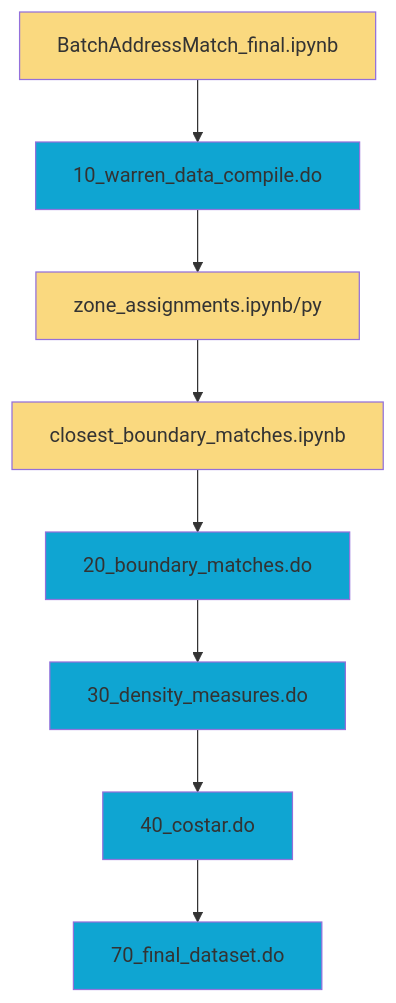
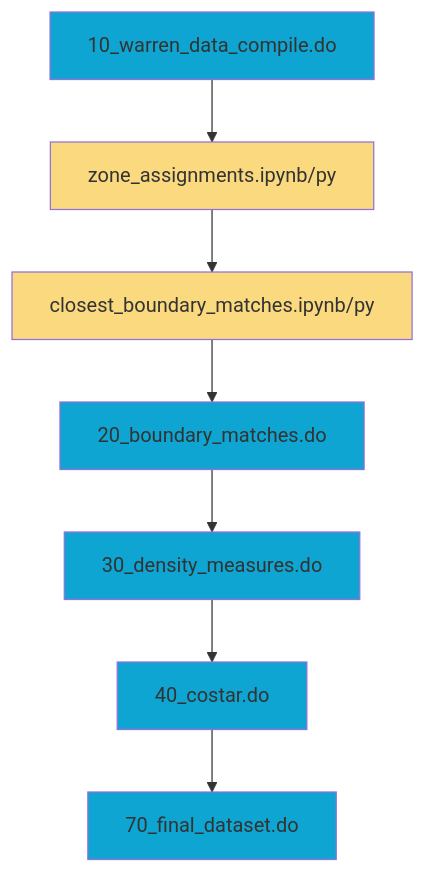
The first of 5 diagrams in code/data_setup/README.md (nchiumenti/boston_zoning), drawn with Mermaid before and after one commit.

````diff
--- a/code/data_setup/README.md
+++ b/code/data_setup/README.md
@@ -7,9 +7,7 @@
 ```mermaid
 flowchart TD
     classDef do fill:#0fa5d2
     classDef py fill:#fad97f
-    10_warren_data_compile.do:::do --> zone_assignments.ipynb/py:::py --> closest_boundary_matches.ipynb:::py --> 20_boundary_matches.do:::do --> 30_density_measures.do:::do --> 40_costar.do:::do --> 70_final_dataset.do:::do
 
-BatchAddressMatch_final.ipynb:::py --> 10_warren_data_compile.do:::do
-
+    10_warren_data_compile.do:::do --> zone_assignments.ipynb/py:::py --> closest_boundary_matches.ipynb/py:::py --> 20_boundary_matches.do:::do --> 30_density_measures.do:::do --> 40_costar.do:::do --> 70_final_dataset.do:::do
 ```
````
